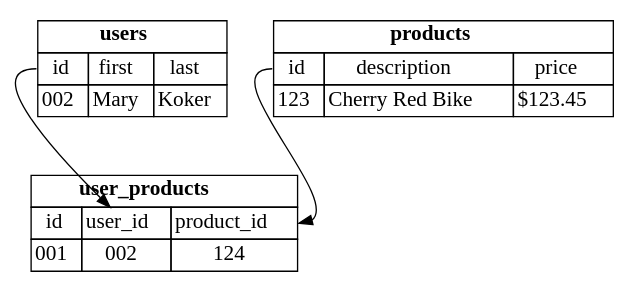
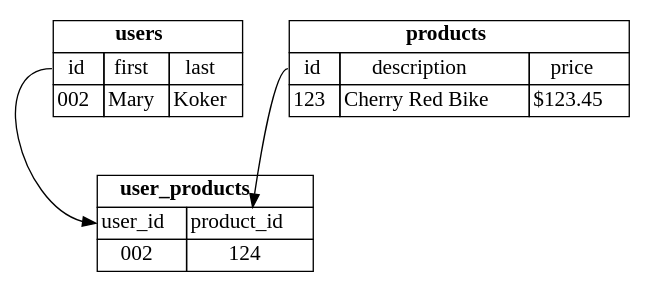
The diagram in lectures/04-Storing-Data/4.2.2-rdb-relations-habtm.dot (chandra1sekar/data-engineering), drawn with Graphviz before and after one commit. The commit also changed 2 other files, not shown here.

```diff
--- a/lectures/04-Storing-Data/4.2.2-rdb-relations-habtm.dot
+++ b/lectures/04-Storing-Data/4.2.2-rdb-relations-habtm.dot
@@ -1,40 +1,40 @@
 
 digraph g {
 node [
 fontsize = "16"
 shape = "ellipse"
 ];
 edge [
 ];
 "users" [
 label =<
 <table border="0" cellborder="1" cellspacing="0">
   <tr><td colspan="3"><b>users</b></td></tr>
   <tr><td port="f0">id</td><td port="f1">first</td><td port="f2">last</td></tr>
   <tr><td>002</td><td port="f1">Mary</td><td port="f2">Koker</td></tr>
   </table>>
 shape = "none"
 ];
 "products" [
 label =<
 <table border="0" cellborder="1" cellspacing="0">
   <tr><td colspan="3"><b>products</b></td></tr>
   <tr><td port="f0">id</td><td port="f1">description</td><td port="f2">price</td></tr>
   <tr><td>123</td><td port="f1">Cherry Red Bike</td><td port="f2">$123.45</td></tr>
   </table>>
 shape = "none"
 ];
 "user_products" [
 label =<
 <table border="0" cellborder="1" cellspacing="0">
   <tr><td colspan="3"><b>user_products</b></td></tr>
-  <tr><td port="f0">id</td><td port="f1">user_id</td><td port="f2">product_id</td></tr>
-  <tr><td>001</td><td port="f1">002</td><td port="f2">124</td></tr>
+  <tr><td port="f0">user_id</td><td port="f1">product_id</td></tr>
+  <tr><td port="f0">002</td><td port="f1">124</td></tr>
   </table>>
 shape = "none"
 ];
-"users":f0 -> "user_products":f1 [
+"users":f0 -> "user_products":f0 [
 ];
-"products":f0 -> "user_products":f2 [
+"products":f0 -> "user_products":f1 [
 ];
 }
```
